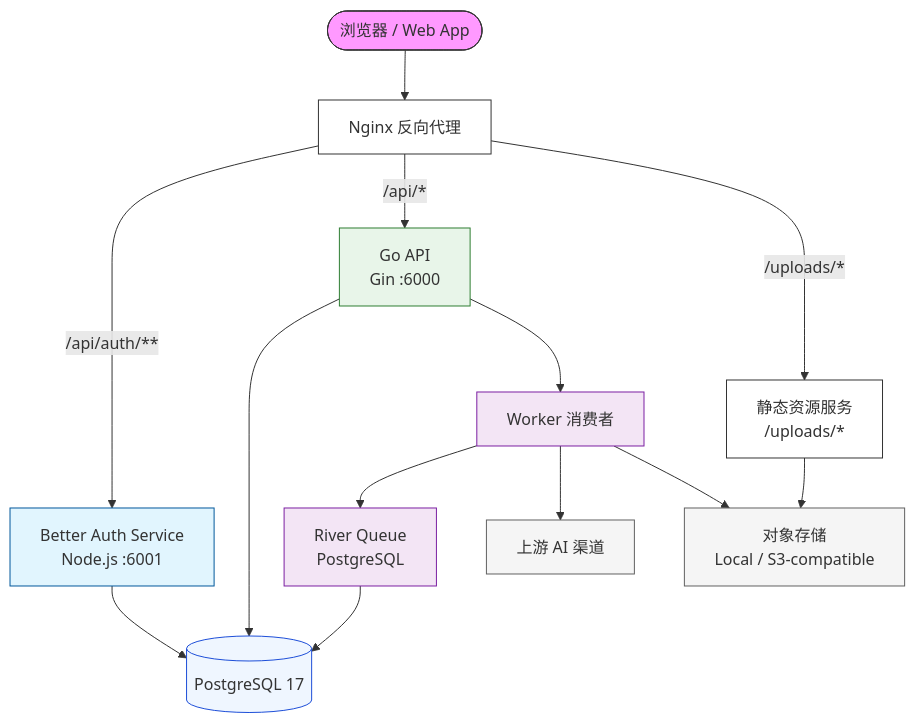
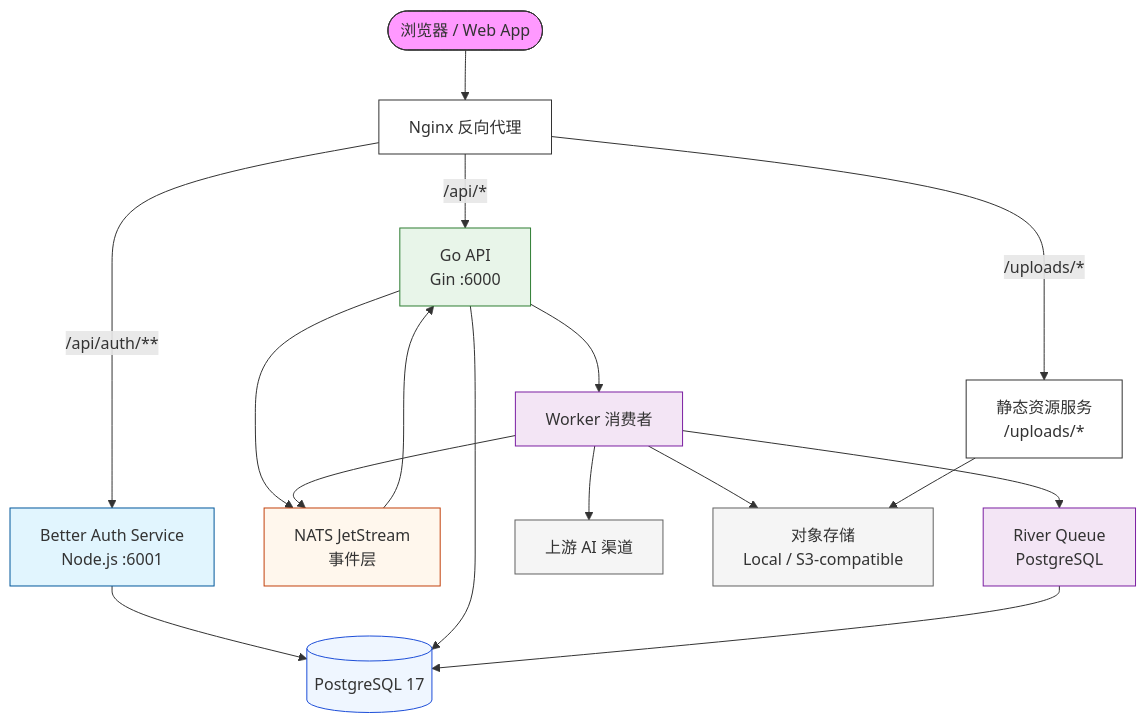
Before and after one commit to Ericsunsk/IdeaBoard: the diagram in README.md, drawn with Mermaid. The commit also changed other lines of this file and 27 other files, not shown here.

First line of the commit message:
feat: add NATS JetStream event bus for task status events

````diff
--- a/README.md
+++ b/README.md
@@ -78,23 +78,26 @@
 ```mermaid
 flowchart TB
     Browser(["浏览器 / Web App"]) --> Nginx["Nginx 反向代理"]
     Nginx -- /api/auth/** --> Auth["Better Auth Service<br>Node.js :6001"]
     Nginx -- /api/* --> GoAPI["Go API<br>Gin :6000"]
     Nginx -- /uploads/* --> Static["静态资源服务<br>/uploads/*"]
     Auth --> Postgres[("PostgreSQL 17")]
-    GoAPI --> Postgres & Worker["Worker 消费者"]
+    GoAPI --> Postgres & Worker["Worker 消费者"] & NATS["NATS JetStream<br>事件层"]
     Worker --> Queue["River Queue<br>PostgreSQL"] & AI["上游 AI 渠道"] & Storage["对象存储<br>Local / S3-compatible"]
+    Worker --> NATS
+    NATS --> GoAPI
     Queue --> Postgres
     Static --> Storage
 
     style Browser fill:#f9f,stroke:#333,stroke-width:1px
     style Nginx fill:#fff,stroke:#333,stroke-width:1px
     style Auth fill:#e1f5fe,stroke:#01579b,stroke-width:1px
     style GoAPI fill:#e8f5e9,stroke:#2e7d32,stroke-width:1px
     style Static fill:#fff,stroke:#333,stroke-width:1px
     style Postgres fill:#eff6ff,stroke:#1d4ed8,stroke-width:1px
     style Worker fill:#f3e5f5,stroke:#7b1fa2,stroke-width:1px
     style Queue fill:#f3e5f5,stroke:#7b1fa2,stroke-width:1px
+    style NATS fill:#fff7ed,stroke:#c2410c,stroke-width:1px
     style AI fill:#f5f5f5,stroke:#616161,stroke-width:1px
     style Storage fill:#f5f5f5,stroke:#616161,stroke-width:1px
 ```
````
